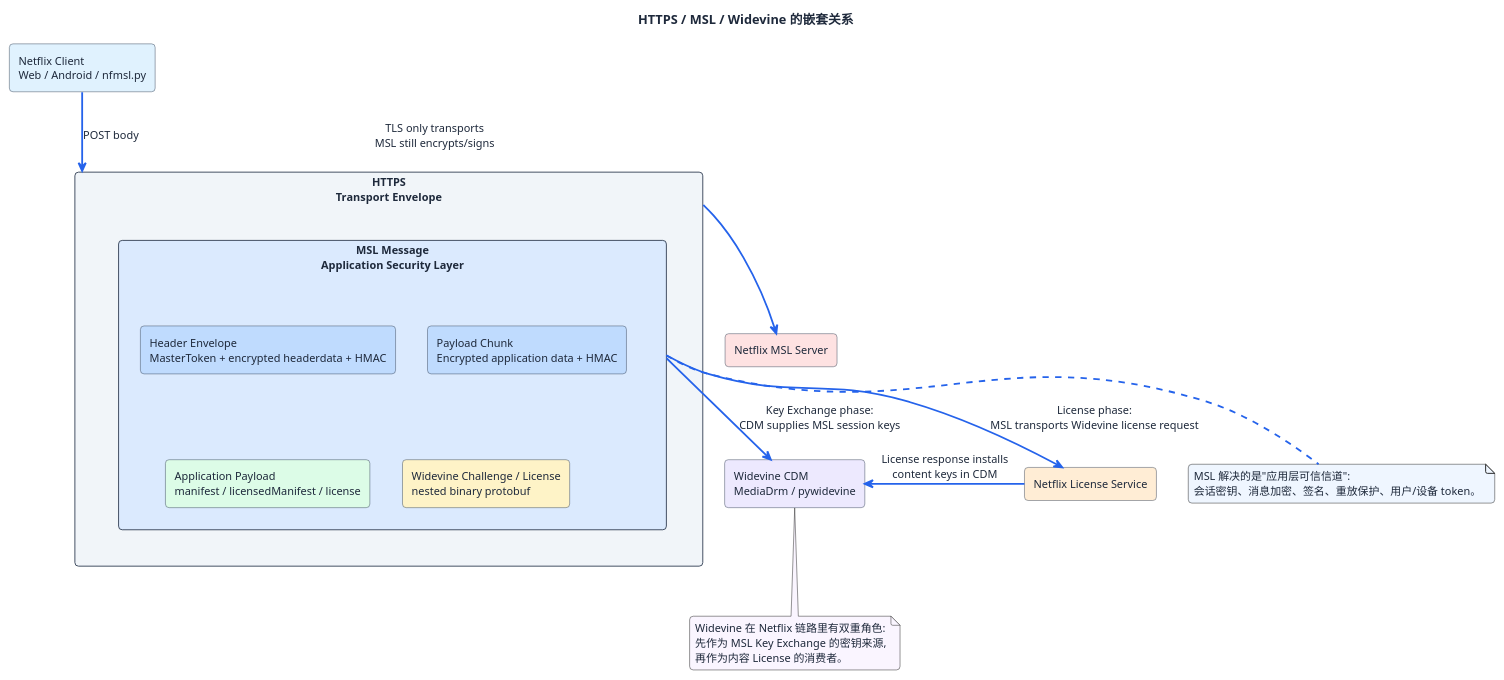
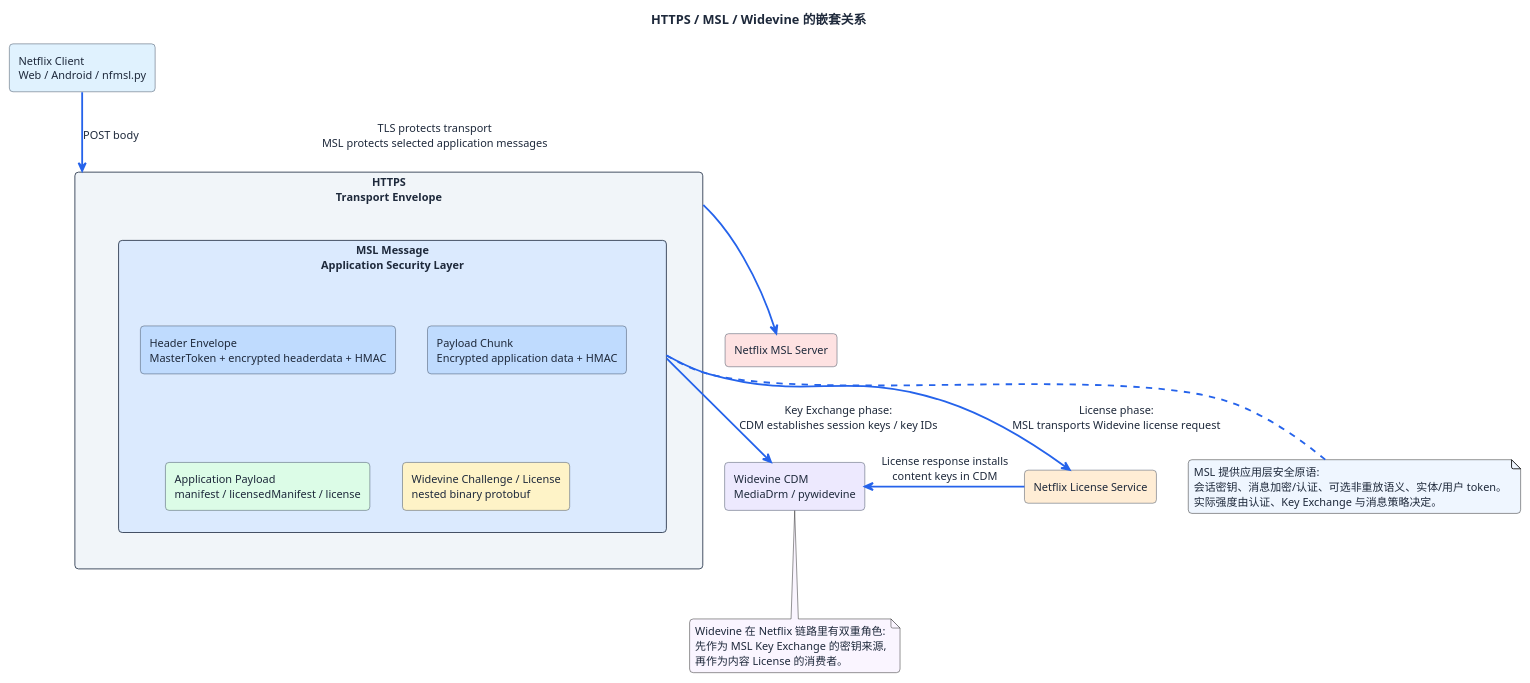
One commit to overkazaf/blogs changed the diagram in static/images/msl-protocol-analysis/protocol-stack.puml. Above: the diagram before and after it, drawn with PlantUML. The commit also changed 8 other files, not shown here.

```diff
--- a/static/images/msl-protocol-analysis/protocol-stack.puml
+++ b/static/images/msl-protocol-analysis/protocol-stack.puml
@@ -1,49 +1,50 @@
 @startuml
 skinparam backgroundColor #FFFFFF
 skinparam defaultFontName "Segoe UI,Helvetica,Arial,sans-serif"
 skinparam defaultFontSize 12
 skinparam defaultFontColor #1e293b
 skinparam shadowing false
 skinparam roundCorner 8
 skinparam arrowColor #2563eb
 skinparam arrowThickness 2
 skinparam rectangle {
   BorderColor #334155
   BackgroundColor #f8fafc
 }
 
 title HTTPS / MSL / Widevine 的嵌套关系
 
 rectangle "Netflix Client\nWeb / Android / nfmsl.py" as CLIENT #e0f2fe
 
 rectangle "HTTPS\nTransport Envelope" as HTTPS #f1f5f9 {
   rectangle "MSL Message\nApplication Security Layer" as MSL #dbeafe {
     rectangle "Header Envelope\nMasterToken + encrypted headerdata + HMAC" as HDR #bfdbfe
     rectangle "Payload Chunk\nEncrypted application data + HMAC" as PAY #bfdbfe
     rectangle "Application Payload\nmanifest / licensedManifest / license" as APP #dcfce7
     rectangle "Widevine Challenge / License\nnested binary protobuf" as WV_PAY #fef3c7
   }
 }
 
 rectangle "Widevine CDM\nMediaDrm / pywidevine" as CDM #ede9fe
 rectangle "Netflix MSL Server" as SERVER #fee2e2
 rectangle "Netflix License Service" as LIC #ffedd5
 
 CLIENT -down-> HTTPS : POST body
-HTTPS -right-> SERVER : TLS only transports\nMSL still encrypts/signs
-MSL -down-> CDM : Key Exchange phase:\nCDM supplies MSL session keys
+HTTPS -right-> SERVER : TLS protects transport\nMSL protects selected application messages
+MSL -down-> CDM : Key Exchange phase:\nCDM establishes session keys / key IDs
 MSL -down-> LIC : License phase:\nMSL transports Widevine license request
 LIC -left-> CDM : License response installs\ncontent keys in CDM
 
 note bottom of MSL #eff6ff
-  MSL 解决的是"应用层可信信道":
-  会话密钥、消息加密、签名、重放保护、用户/设备 token。
+  MSL 提供应用层安全原语:
+  会话密钥、消息加密/认证、可选非重放语义、实体/用户 token。
+  实际强度由认证、Key Exchange 与消息策略决定。
 end note
 
 note bottom of CDM #faf5ff
   Widevine 在 Netflix 链路里有双重角色:
   先作为 MSL Key Exchange 的密钥来源,
   再作为内容 License 的消费者。
 end note
 
 @enduml
```
